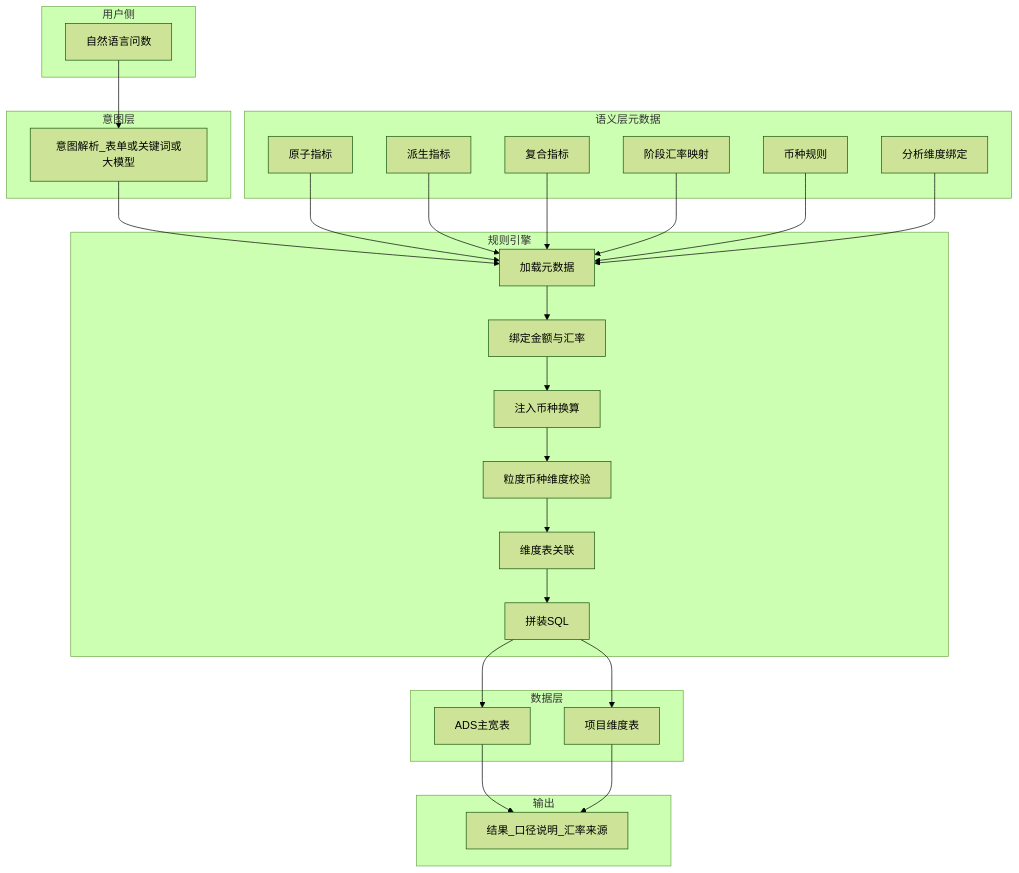
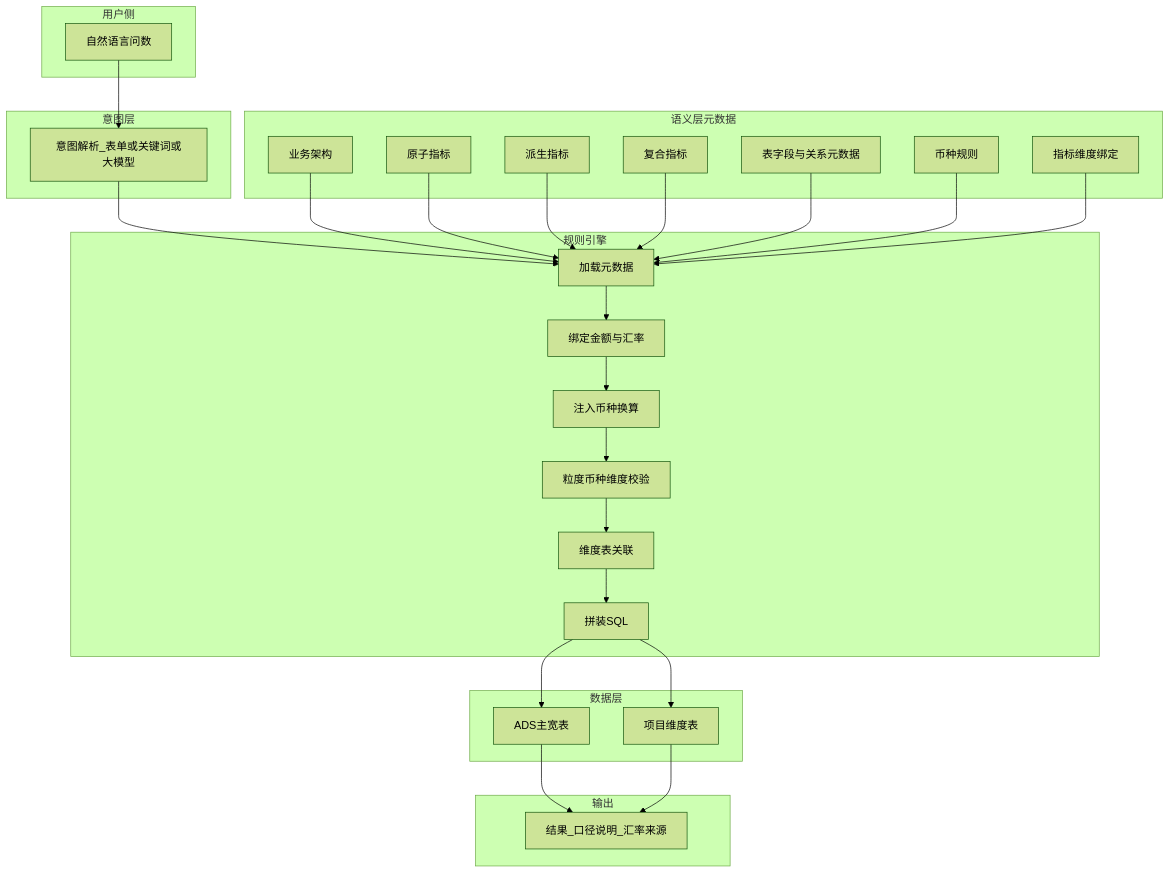
One commit to huanglin983/askdata changed the first of 3 diagrams in doc/01_技术方案.md. Above: the diagram before and after it, drawn with Mermaid (forest theme). The commit also changed other lines of this file and 38 other files, not shown here.

````diff
--- a/doc/01_技术方案.md
+++ b/doc/01_技术方案.md
@@ -33,41 +36,42 @@
 ```mermaid
 flowchart TB
   subgraph userSide [用户侧]
     Q[自然语言问数]
   end
   subgraph intentLayer [意图层]
     NLP[意图解析_表单或关键词或大模型]
   end
   subgraph metaLayer [语义层元数据]
+    M0[业务架构]
     M1[原子指标]
     M2[派生指标]
     M3[复合指标]
-    M4[阶段汇率映射]
+    M4[表字段与关系元数据]
     M5[币种规则]
-    M6[分析维度绑定]
+    M6[指标维度绑定]
   end
   subgraph engineLayer [规则引擎]
     E1[加载元数据]
     E2[绑定金额与汇率]
     E3[注入币种换算]
     E4[粒度币种维度校验]
     E5[维度表关联]
     E6[拼装SQL]
   end
   subgraph dataLayer [数据层]
     ADS[ADS主宽表]
     DIM[项目维度表]
   end
   subgraph outLayer [输出]
     R[结果_口径说明_汇率来源]
   end
 
   Q --> NLP
   NLP --> E1
-  M1 & M2 & M3 & M4 & M5 & M6 --> E1
+  M0 & M1 & M2 & M3 & M4 & M5 & M6 --> E1
   E1 --> E2 --> E3 --> E4 --> E5 --> E6
   E6 --> ADS
   E6 --> DIM
   ADS --> R
   DIM --> R
 ```
````
